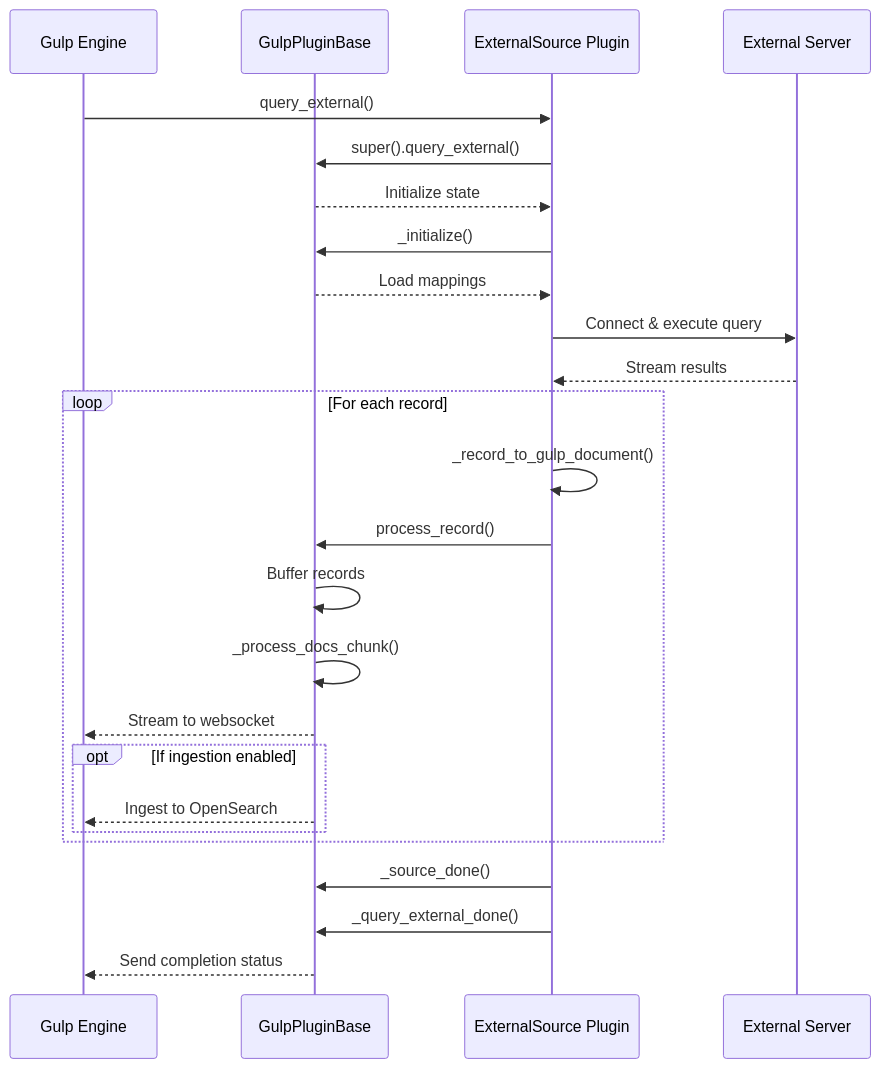
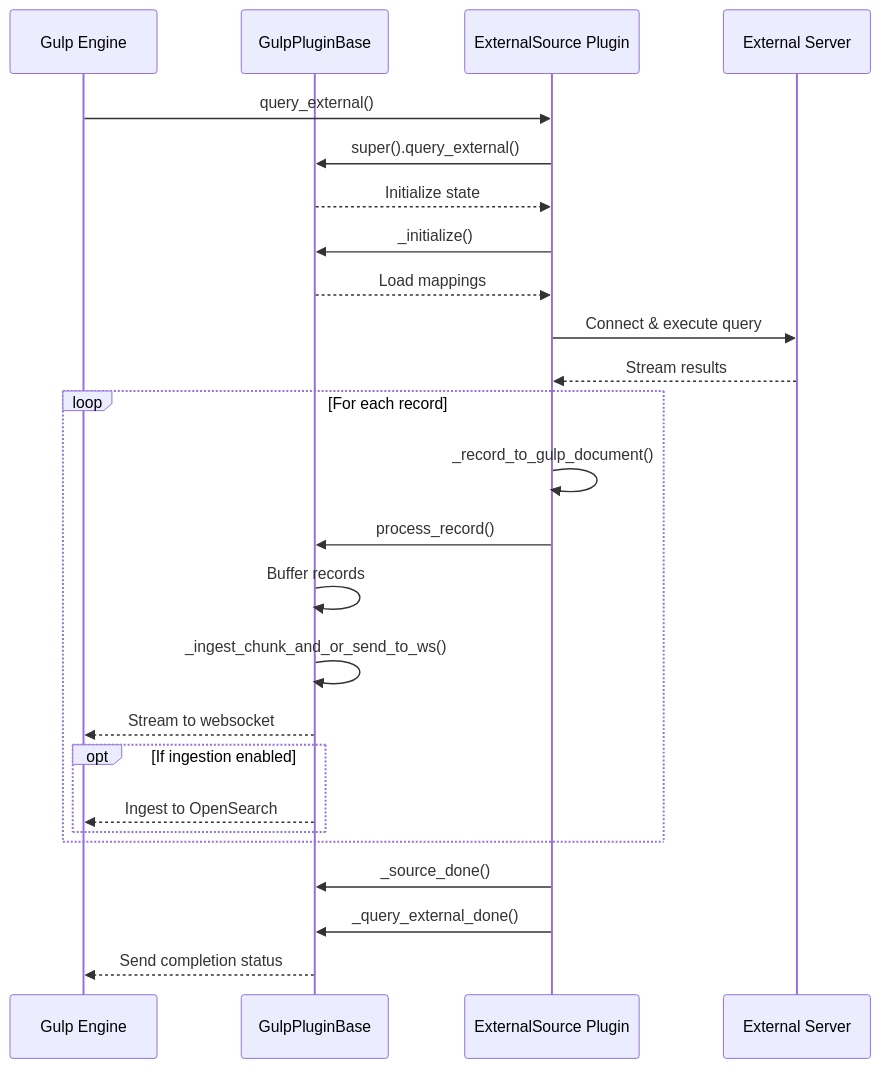
Before and after one commit to mentat-is/gulp: the second of 4 diagrams in docs/Creating Plugins.md, drawn with Mermaid. The commit also changed other lines of this file and 26 other files, not shown here.

```diff
--- a/docs/Creating Plugins.md
+++ b/docs/Creating Plugins.md
@@ -169,31 +183,31 @@
 ~~~mermaid
 sequenceDiagram
     participant Engine as Gulp Engine
     participant Base as GulpPluginBase
     participant Plugin as ExternalSource Plugin
     participant ExternalSource as External Server
 
     Engine->>Plugin: query_external()
     Plugin->>Base: super().query_external()
     Base-->>Plugin: Initialize state
     Plugin->>Base: _initialize()
     Base-->>Plugin: Load mappings
     
     Plugin->>ExternalSource: Connect & execute query
     ExternalSource-->>Plugin: Stream results
     
     loop For each record
         Plugin->>Plugin: _record_to_gulp_document()
         Plugin->>Base: process_record()
         Base->>Base: Buffer records
-        Base->>Base: _process_docs_chunk()
+        Base->>Base: _ingest_chunk_and_or_send_to_ws()
         Base-->>Engine: Stream to websocket
         opt If ingestion enabled
             Base-->>Engine: Ingest to OpenSearch
         end
     end
     
     Plugin->>Base: _source_done()
     Plugin->>Base: _query_external_done()
     Base-->>Engine: Send completion status
 ~~~
```
